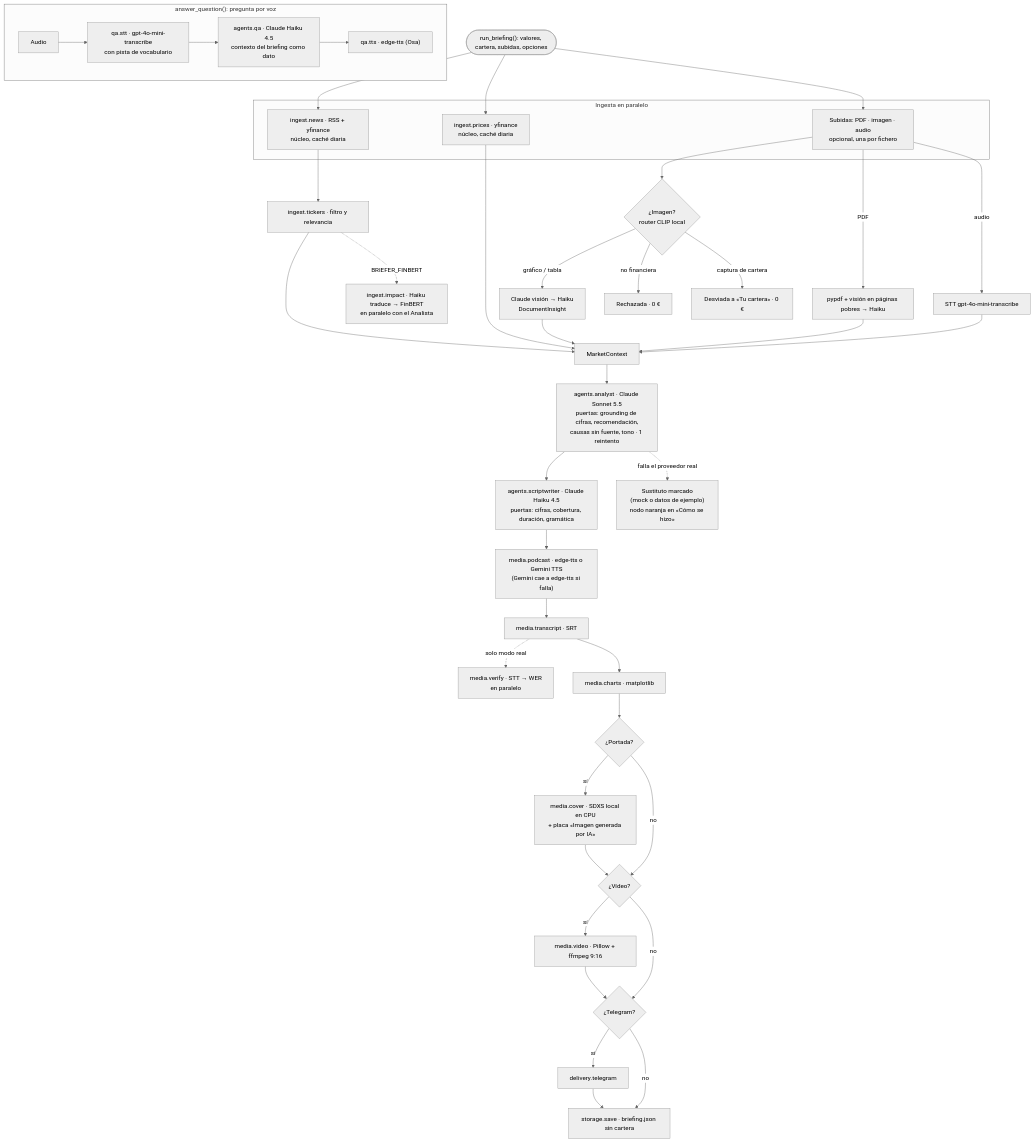
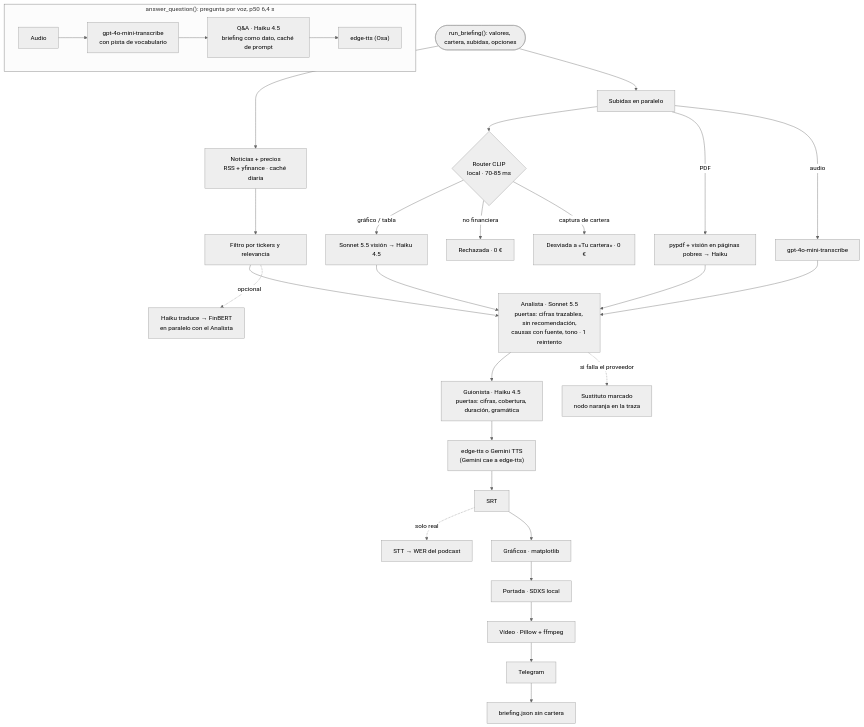
The second of 3 diagrams in README.md (Romequinco/multimodal-market-briefer), drawn with Mermaid (neutral theme) before and after one commit. The commit also changed other lines of this file and 8 other files, not shown here.

Commit message:
Entrega v1.0: README reescrito con la app desplegada en Railway, pitch final con la URL y checklist del enunciado al día

````diff
--- a/README.md
+++ b/README.md
@@ -229,44 +213,29 @@
 ```mermaid
 flowchart TB
     START(["run_briefing(): valores, cartera, subidas, opciones"])
-
-    subgraph ING["Ingesta en paralelo"]
-        NEWS["ingest.news · RSS + yfinance<br/>núcleo, caché diaria"]
-        PRICES["ingest.prices · yfinance<br/>núcleo, caché diaria"]
-        UP["Subidas: PDF · imagen · audio<br/>opcional, una por fichero"]
-    end
-
-    START --> NEWS & PRICES & UP
-    UP --> RT{"¿Imagen?<br/>router CLIP local"}
-    RT -- "gráfico / tabla" --> VIS["Claude visión → Haiku<br/>DocumentInsight"]
+    START --> NEWS["Noticias + precios<br/>RSS + yfinance · caché diaria"]
+    START --> UP["Subidas en paralelo"]
+    UP --> RT{"Router CLIP<br/>local · 70-85 ms"}
+    RT -- "gráfico / tabla" --> VIS["Sonnet 5.5 visión → Haiku 4.5"]
     RT -- "no financiera" --> REJ["Rechazada · 0 €"]
     RT -- "captura de cartera" --> DES["Desviada a «Tu cartera» · 0 €"]
-    UP -- "PDF" --> PDF["pypdf + visión en páginas pobres → Haiku"]
-    UP -- "audio" --> STT1["STT gpt-4o-mini-transcribe"]
+    UP -- PDF --> PDF["pypdf + visión en páginas pobres → Haiku"]
+    UP -- audio --> STT["gpt-4o-mini-transcribe"]
+    NEWS --> FILT["Filtro por tickers y relevancia"]
+    FILT & VIS & PDF & STT --> AN["Analista · Sonnet 5.5<br/>puertas: cifras trazables, sin recomendación,<br/>causas con fuente, tono · 1 reintento"]
+    FILT -. opcional .-> FB["Haiku traduce → FinBERT<br/>en paralelo con el Analista"]
+    AN --> SW["Guionista · Haiku 4.5<br/>puertas: cifras, cobertura, duración, gramática"]
+    SW --> TTS["edge-tts o Gemini TTS<br/>(Gemini cae a edge-tts)"]
+    TTS --> SRT["SRT"]
+    SRT -. "solo real" .-> WER["STT → WER del podcast"]
+    SRT --> CH["Gráficos · matplotlib"]
+    CH --> COV["Portada · SDXS local"]
+    COV --> VID["Vídeo · Pillow + ffmpeg"]
+    VID --> TG["Telegram"]
+    TG --> SAVE["briefing.json sin cartera"]
+    AN -. "si falla el proveedor" .-> SUB["Sustituto marcado<br/>nodo naranja en la traza"]
 
-    NEWS --> FILT["ingest.tickers · filtro y relevancia"]
-    FILT & PRICES & VIS & PDF & STT1 --> CTX["MarketContext"]
-    CTX --> AN["agents.analyst · Claude Sonnet 5.5<br/>puertas: grounding de cifras, recomendación,<br/>causas sin fuente, tono · 1 reintento"]
-    FILT -. "BRIEFER_FINBERT" .-> IMP["ingest.impact · Haiku traduce → FinBERT<br/>en paralelo con el Analista"]
-    AN --> SW["agents.scriptwriter · Claude Haiku 4.5<br/>puertas: cifras, cobertura, duración, gramática"]
-    SW --> TTS["media.podcast · edge-tts o Gemini TTS<br/>(Gemini cae a edge-tts si falla)"]
-    TTS --> TRS["media.transcript · SRT"]
-    TRS -. "solo modo real" .-> VER["media.verify · STT → WER<br/>en paralelo"]
-    TRS --> CH["media.charts · matplotlib"]
-    CH --> QC{"¿Portada?"}
-    QC -- sí --> COV["media.cover · SDXS local en CPU<br/>+ placa «Imagen generada por IA»"]
-    QC -- no --> QV
-    COV --> QV{"¿Vídeo?"}
-    QV -- sí --> VID["media.video · Pillow + ffmpeg 9:16"]
-    QV -- no --> QT
-    VID --> QT{"¿Telegram?"}
-    QT -- sí --> TG["delivery.telegram"]
-    QT -- no --> SAVE
-    TG --> SAVE["storage.save · briefing.json sin cartera"]
-
-    AN -. "falla el proveedor real" .-> SUB["Sustituto marcado<br/>(mock o datos de ejemplo)<br/>nodo naranja en «Cómo se hizo»"]
-
-    subgraph QAF["answer_question(): pregunta por voz"]
-        Q1["Audio"] --> Q2["qa.stt · gpt-4o-mini-transcribe<br/>con pista de vocabulario"] --> Q3["agents.qa · Claude Haiku 4.5<br/>contexto del briefing como dato"] --> Q4["qa.tts · edge-tts (Osa)"]
+    subgraph QAF["answer_question(): pregunta por voz, p50 6,4 s"]
+        Q1["Audio"] --> Q2["gpt-4o-mini-transcribe<br/>con pista de vocabulario"] --> Q3["Q&A · Haiku 4.5<br/>briefing como dato, caché de prompt"] --> Q4["edge-tts (Osa)"]
     end
 ```
````
